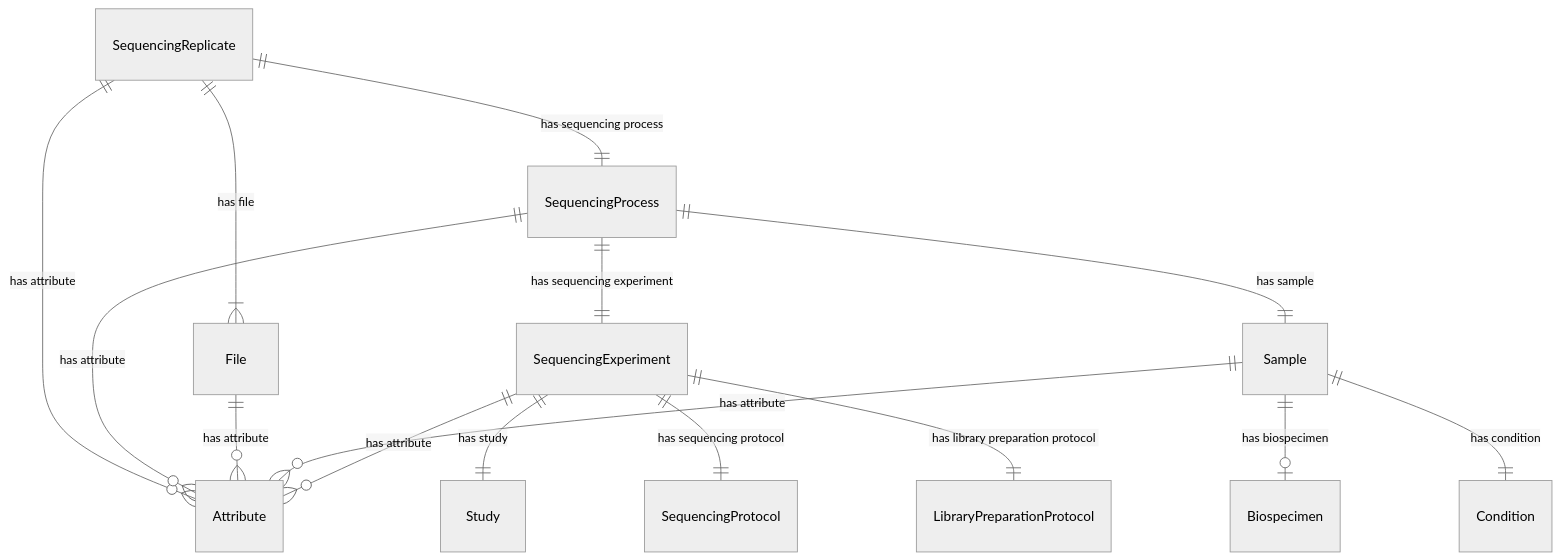
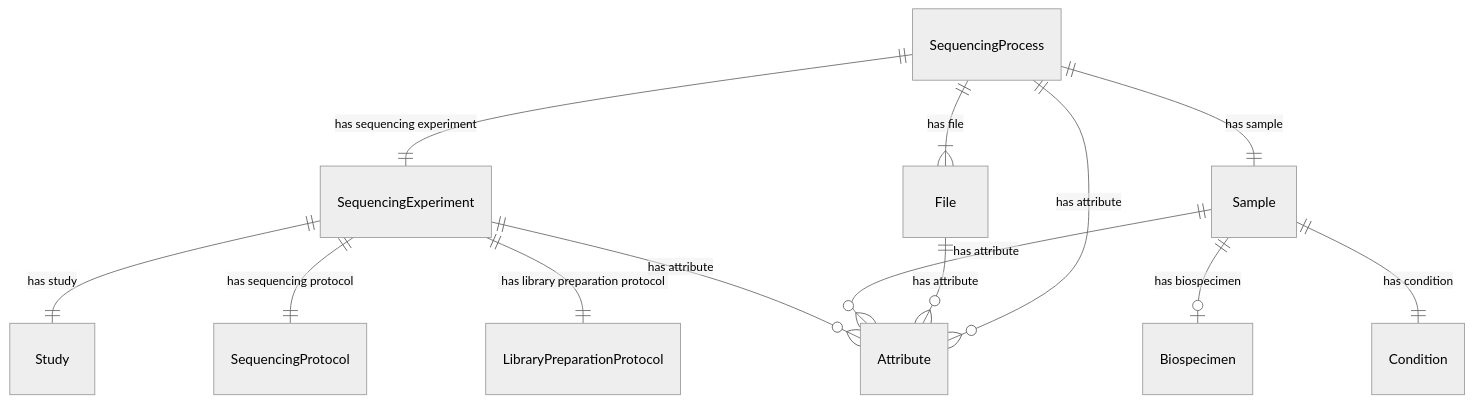
One commit to ghga-de/ghga-metadata-schema changed the third of 7 diagrams in docs/entity_relations.md. Above: the diagram before and after it, drawn with Mermaid (neutral theme). The commit also changed other lines of this file and 46 other files, not shown here.

Commit message:
remove study design and sequencing replicate

````diff
--- a/docs/entity_relations.md
+++ b/docs/entity_relations.md
@@ -178,34 +179,29 @@
 ```mermaid
 erDiagram
-SequencingReplicate {
-
-}
 SequencingProcess {
 
 }
 File {
 
 }
 Sample {
 
 }
 SequencingExperiment {
 
 }
 
-SequencingReplicate ||--}| File : "has file"
-SequencingReplicate ||--|| SequencingProcess : "has sequencing process"
-SequencingReplicate ||--}o Attribute : "has attribute"
+SequencingProcess ||--}| File : "has file"
 SequencingProcess ||--|| SequencingExperiment : "has sequencing experiment"
 SequencingProcess ||--|| Sample : "has sample"
 SequencingProcess ||--}o Attribute : "has attribute"
 File ||--}o Attribute : "has attribute"
 Sample ||--|o Biospecimen : "has biospecimen"
 Sample ||--|| Condition : "has condition"
 Sample ||--}o Attribute : "has attribute"
 SequencingExperiment ||--|| Study : "has study"
 SequencingExperiment ||--|| SequencingProtocol : "has sequencing protocol"
 SequencingExperiment ||--|| LibraryPreparationProtocol : "has library preparation protocol"
 SequencingExperiment ||--}o Attribute : "has attribute"
 
 ```
````
